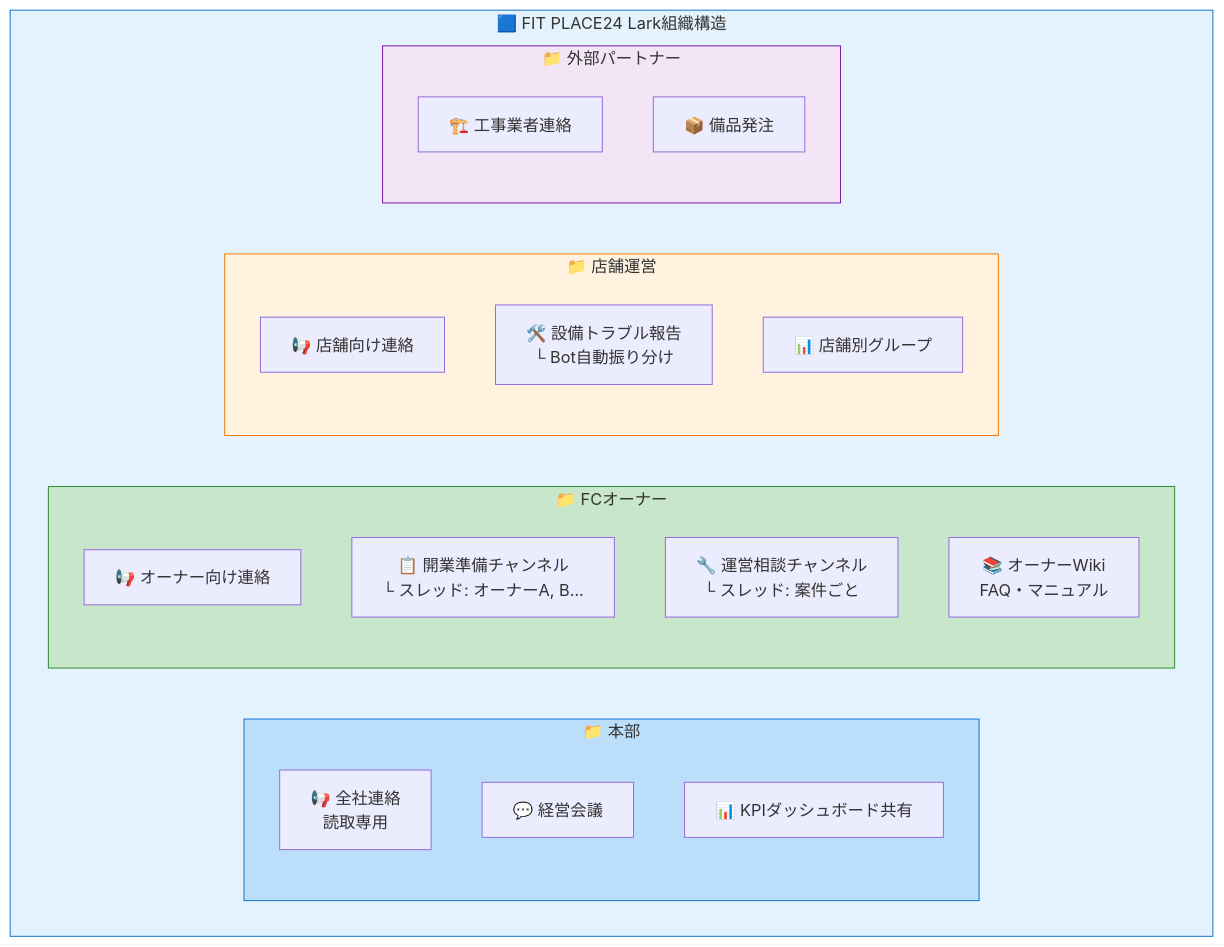
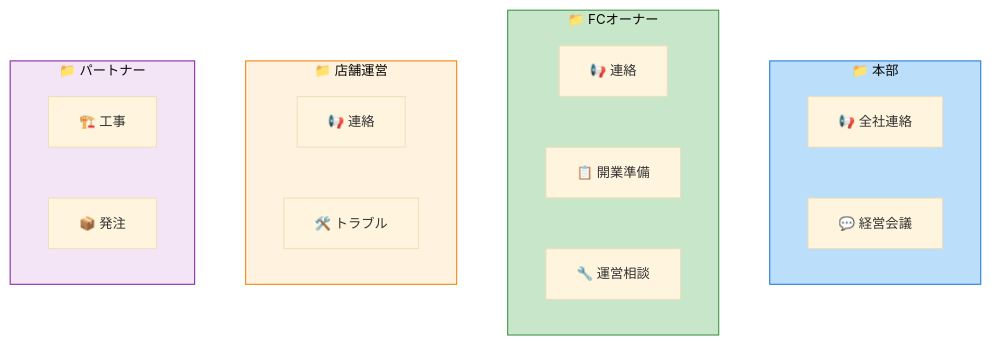
The sixth of 15 diagrams in docs/FITPLACE_LARK_PROPOSAL.md (PLark-droid/lark-proposal), drawn with Mermaid before and after one commit. The commit also changed other lines of this file, not shown here.

First line of the commit message:
docs: optimize Mermaid diagrams for Google Docs

````diff
--- a/docs/FITPLACE_LARK_PROPOSAL.md
+++ b/docs/FITPLACE_LARK_PROPOSAL.md
@@ -227,34 +201,29 @@
 ```mermaid
+%%{init: {'theme': 'base', 'themeVariables': { 'fontSize': '13px'}}}%%
 flowchart TB
-    subgraph Lark組織構造["🟦 FIT PLACE24 Lark組織構造"]
-        subgraph HQ["📁 本部"]
-            HQ1["📢 全社連絡<br/>読取専用"]
-            HQ2["💬 経営会議"]
-            HQ3["📊 KPIダッシュボード共有"]
-        end
-
-        subgraph FC["📁 FCオーナー"]
-            FC1["📢 オーナー向け連絡"]
-            FC2["📋 開業準備チャンネル<br/>└ スレッド: オーナーA, B..."]
-            FC3["🔧 運営相談チャンネル<br/>└ スレッド: 案件ごと"]
-            FC4["📚 オーナーWiki<br/>FAQ・マニュアル"]
-        end
-
-        subgraph Store["📁 店舗運営"]
-            S1["📢 店舗向け連絡"]
-            S2["🛠️ 設備トラブル報告<br/>└ Bot自動振り分け"]
-            S3["📊 店舗別グループ"]
-        end
-
-        subgraph Partner["📁 外部パートナー"]
-            P1["🏗️ 工事業者連絡"]
-            P2["📦 備品発注"]
-        end
+    subgraph HQ["📁 本部"]
+        H1["📢 全社連絡"]
+        H2["💬 経営会議"]
     end
 
-    style Lark組織構造 fill:#e3f2fd,stroke:#1976d2
+    subgraph FC["📁 FCオーナー"]
+        F1["📢 連絡"]
+        F2["📋 開業準備"]
+        F3["🔧 運営相談"]
+    end
+
+    subgraph ST["📁 店舗運営"]
+        S1["📢 連絡"]
+        S2["🛠️ トラブル"]
+    end
+
+    subgraph PT["📁 パートナー"]
+        P1["🏗️ 工事"]
+        P2["📦 発注"]
+    end
+
     style HQ fill:#bbdefb,stroke:#1976d2
     style FC fill:#c8e6c9,stroke:#388e3c
-    style Store fill:#fff3e0,stroke:#f57c00
-    style Partner fill:#f3e5f5,stroke:#7b1fa2
+    style ST fill:#fff3e0,stroke:#f57c00
+    style PT fill:#f3e5f5,stroke:#7b1fa2
 ```
````
